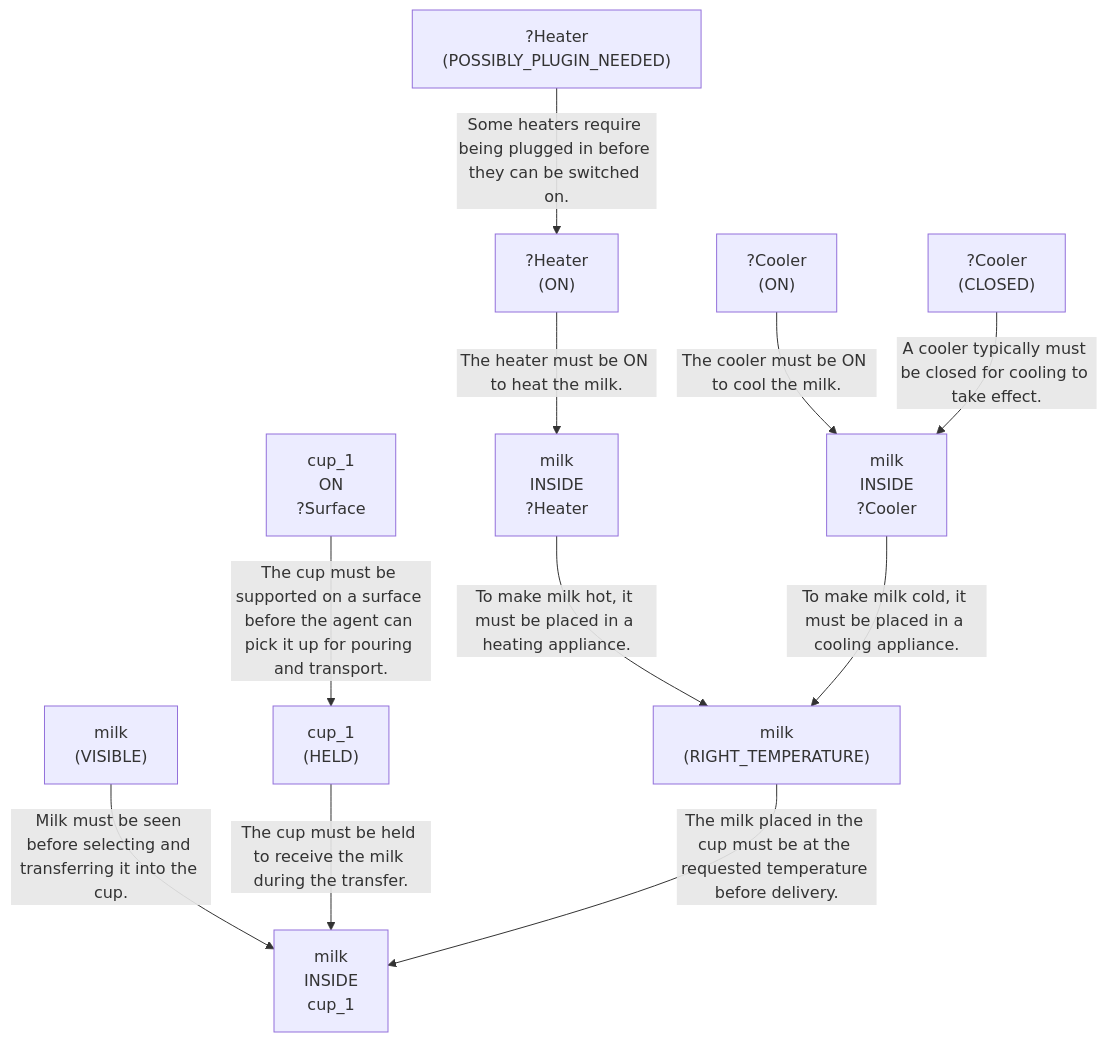
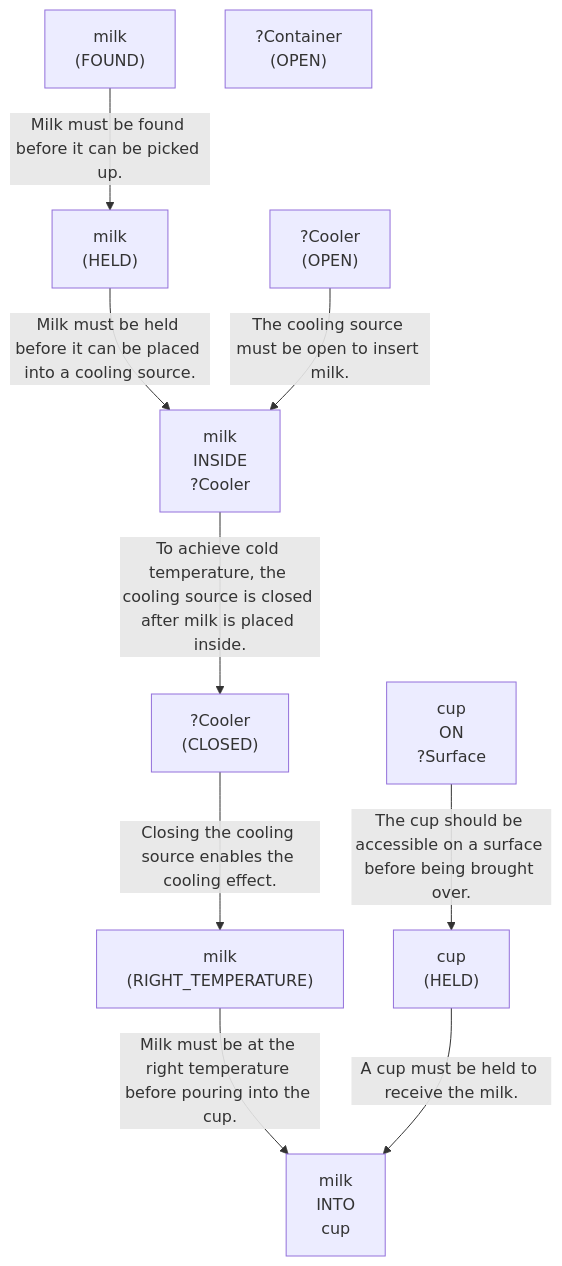
The first of 4 diagrams in evaluation/results/table3/robostate/runs/without_goal_reasoning/G2_08/run_T3_without_goal_reasoning_G2_08.md (scuama/virtualhome), drawn with Mermaid before and after one commit. The commit also changed other lines of this file and 507 other files, not shown here.

````diff
--- a/evaluation/results/table3/robostate/runs/without_goal_reasoning/G2_08/run_T3_without_goal_reasoning_G2_08.md
+++ b/evaluation/results/table3/robostate/runs/without_goal_reasoning/G2_08/run_T3_without_goal_reasoning_G2_08.md
@@ -32,24 +32,21 @@
 ```mermaid
 graph TD
-    N1["milk<br>(VISIBLE)"]
-    N2["milk<br>INSIDE<br>cup_1"]
-    N3["cup_1<br>(HELD)"]
+    N1["milk<br>(FOUND)"]
+    N2["cup<br>(HELD)"]
+    N3["milk<br>INTO<br>cup"]
     N4["milk<br>(RIGHT_TEMPERATURE)"]
-    N5["milk<br>INSIDE<br>?Heater"]
-    N6["?Heater<br>(ON)"]
-    N7["?Heater<br>(POSSIBLY_PLUGIN_NEEDED)"]
-    N8["milk<br>INSIDE<br>?Cooler"]
-    N9["?Cooler<br>(ON)"]
-    N10["?Cooler<br>(CLOSED)"]
-    N11["cup_1<br>ON<br>?Surface"]
-    N1 -->|"Milk must be seen before selecting and transferring it into the cup."| N2
-    N3 -->|"The cup must be held to receive the milk during the transfer."| N2
-    N4 -->|"The milk placed in the cup must be at the requested temperature before delivery."| N2
-    N5 -->|"To make milk hot, it must be placed in a heating appliance."| N4
-    N6 -->|"The heater must be ON to heat the milk."| N5
-    N7 -->|"Some heaters require being plugged in before they can be switched on."| N6
-    N8 -->|"To make milk cold, it must be placed in a cooling appliance."| N4
-    N9 -->|"The cooler must be ON to cool the milk."| N8
-    N10 -->|"A cooler typically must be closed for cooling to take effect."| N8
-    N11 -->|"The cup must be supported on a surface before the agent can pick it up for pouring and transport."| N3
+    N5["milk<br>INSIDE<br>?Cooler"]
+    N6["?Cooler<br>(CLOSED)"]
+    N7["?Cooler<br>(OPEN)"]
+    N8["milk<br>(HELD)"]
+    N9["?Container<br>(OPEN)"]
+    N10["cup<br>ON<br>?Surface"]
+    N1 -->|"Milk must be found before it can be picked up."| N8
+    N8 -->|"Milk must be held before it can be placed into a cooling source."| N5
+    N7 -->|"The cooling source must be open to insert milk."| N5
+    N5 -->|"To achieve cold temperature, the cooling source is closed after milk is placed inside."| N6
+    N6 -->|"Closing the cooling source enables the cooling effect."| N4
+    N4 -->|"Milk must be at the right temperature before pouring into the cup."| N3
+    N2 -->|"A cup must be held to receive the milk."| N3
+    N10 -->|"The cup should be accessible on a surface before being brought over."| N2
 ```
````
